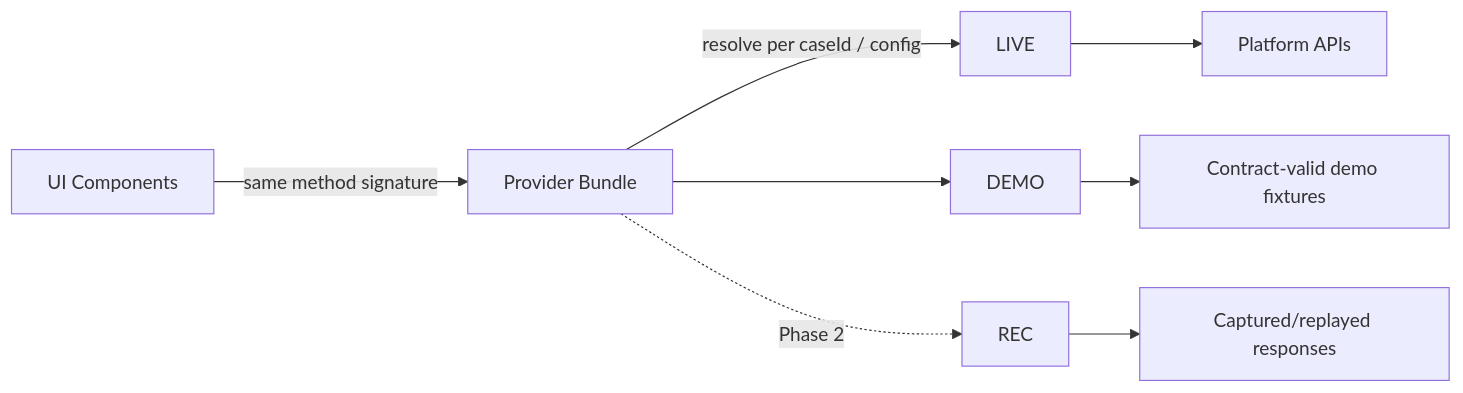
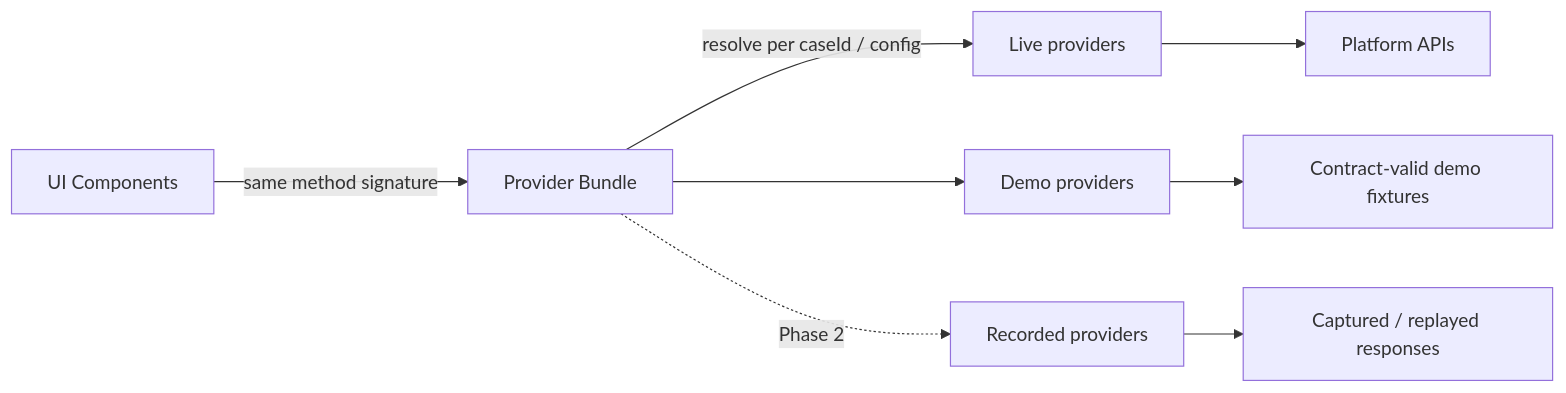
The second of 16 diagrams in docs/frontend-development-plan.md (NERIS-v/INDAGO), drawn with Mermaid before and after one commit. The commit also changed other lines of this file and 1 other file, not shown here.

Commit message:
docs: rebuild frontend development plan and phase tracker as implementation-grade specs

````diff
--- a/docs/frontend-development-plan.md
+++ b/docs/frontend-development-plan.md
@@ -211,10 +286,10 @@
 ```mermaid
 flowchart LR
-  UI[UI Components] -->|same method signature| BP[Provider Bundle]
-  BP -->|"resolve per caseId / config"| LIVE
-  BP --> DEMO
-  BP -.->|Phase 2| REC
-  LIVE --> BACKEND[Platform APIs]
-  DEMO --> FIX[Contract-valid demo fixtures]
-  REC --> FREEZE[Captured/replayed responses]
+  UI["UI Components"] -->|"same method signature"| BP["Provider Bundle"]
+  BP -->|"resolve per caseId / config"| LIVE["Live providers"]
+  BP --> DEMO["Demo providers"]
+  BP -.->|"Phase 2"| REC["Recorded providers"]
+  LIVE --> BACK["Platform APIs"]
+  DEMO --> FIX["Contract-valid demo fixtures"]
+  REC --> FREEZE["Captured / replayed responses"]
 ```
````
